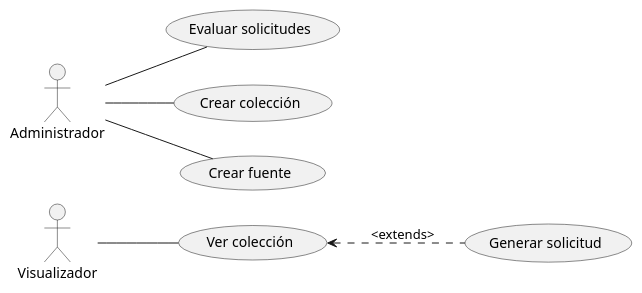
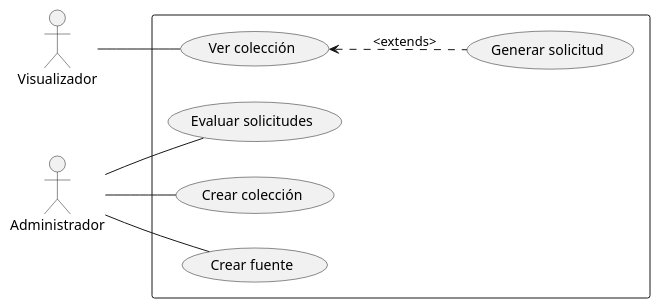
Before and after one commit to lrizzitano/Metamapa: the diagram in diagramas/diagrama-casos_de_uso.puml, drawn with PlantUML.

Commit message:
Añado rectángulo que enmarca al sistema

```diff
--- a/diagramas/diagrama-casos_de_uso.puml
+++ b/diagramas/diagrama-casos_de_uso.puml
@@ -1,22 +1,24 @@
 @startuml
 left to right direction
 
 actor Visualizador
 actor Administrador
 
-usecase "Ver colección" as UC1
-usecase "Evaluar solicitudes" as UC2
-usecase "Crear colección" as UC3
-usecase "Crear fuente" as UC4
+rectangle {
+ usecase "Ver colección" as UC1
+ usecase "Evaluar solicitudes" as UC2
+ usecase "Crear colección" as UC3
+ usecase "Crear fuente" as UC4
 
-usecase "Generar solicitud" as UC1.1
+ usecase "Generar solicitud" as UC1.1
+}
 
 Visualizador -- UC1
 Administrador -- UC2
 Administrador -- UC3
 Administrador -- UC4
 
 
 UC1 <.. UC1.1 : <extends>
 
 @enduml
```
